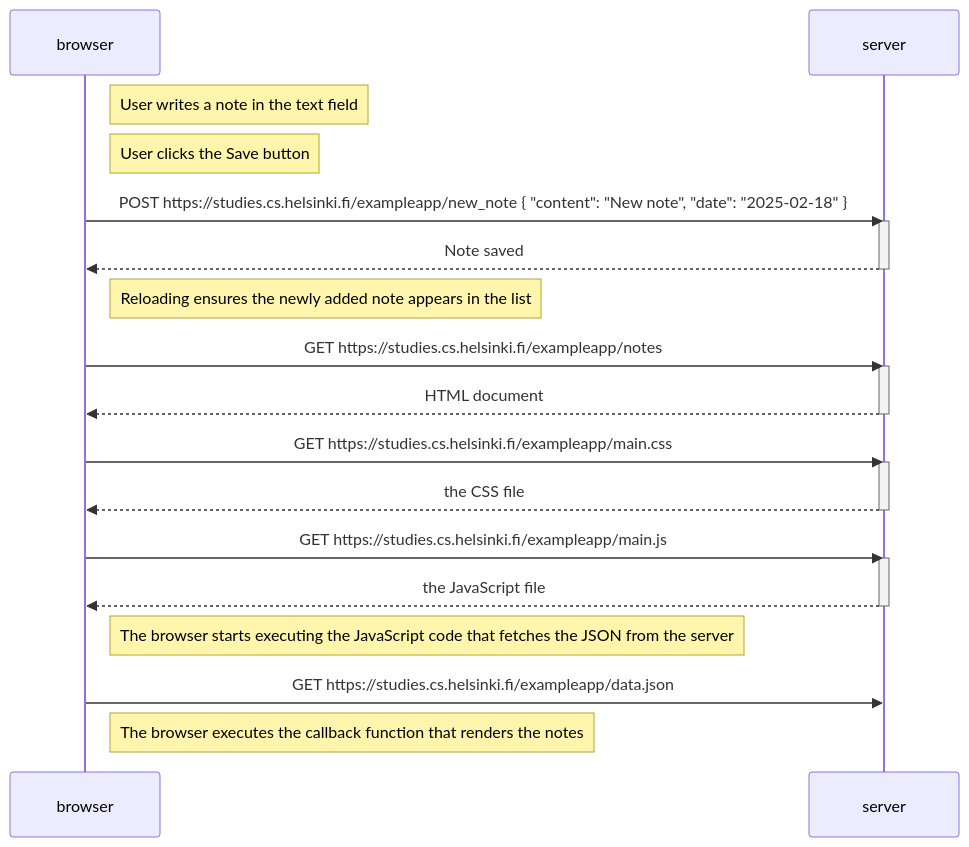
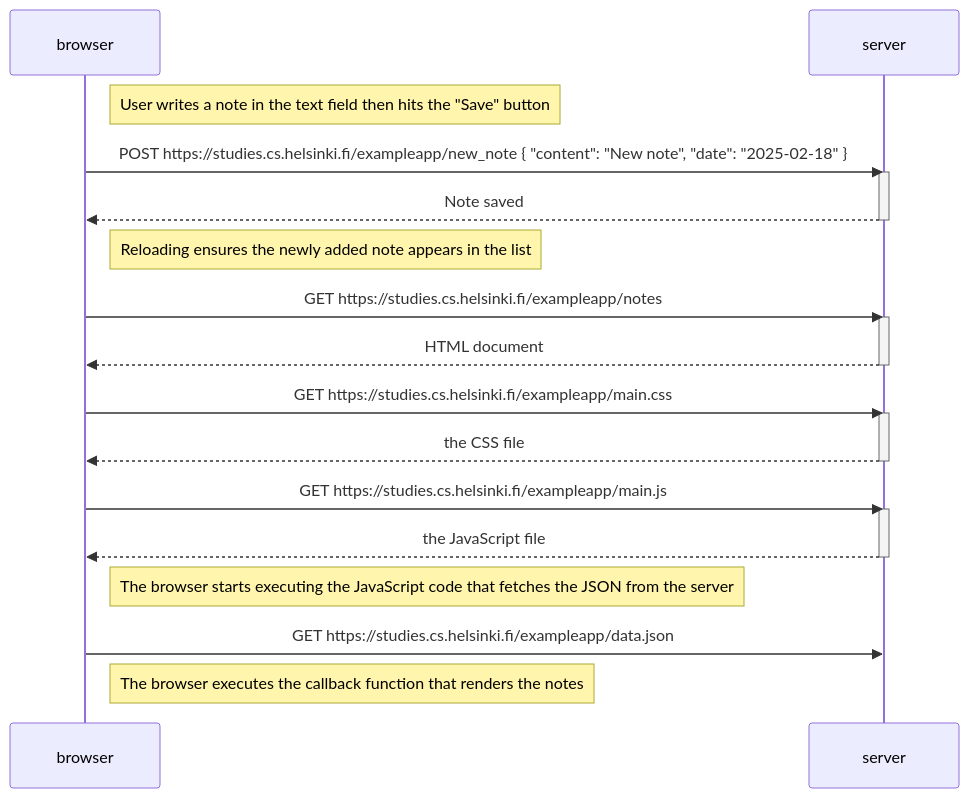
The diagram in part0/0.4-new-note-diagram.md (Saifahmeed/full-stack-open), drawn with Mermaid before and after one commit.

````diff
--- a/part0/0.4-new-note-diagram.md
+++ b/part0/0.4-new-note-diagram.md
@@ -1,36 +1,35 @@
 ```mermaid
 sequenceDiagram
     participant browser
     participant server
 
-    Note right of browser: User writes a note in the text field
-    Note right of browser: User clicks the Save button
+    Note right of browser: User writes a note in the text field then hits the "Save" button
 
     browser->>server: POST https://studies.cs.helsinki.fi/exampleapp/new_note { "content": "New note", "date": "2025-02-18" }
     activate server
     server-->>browser: Note saved
     deactivate server
 
     Note right of browser: Reloading ensures the newly added note appears in the list
 
     browser->>server: GET https://studies.cs.helsinki.fi/exampleapp/notes
     activate server
     server-->>browser: HTML document
     deactivate server
 
     browser->>server: GET https://studies.cs.helsinki.fi/exampleapp/main.css
     activate server
     server-->>browser: the CSS file
     deactivate server
 
     browser->>server: GET https://studies.cs.helsinki.fi/exampleapp/main.js
     activate server
     server-->>browser: the JavaScript file
     deactivate server
 
     Note right of browser: The browser starts executing the JavaScript code that fetches the JSON from the server
 
     browser->>server: GET https://studies.cs.helsinki.fi/exampleapp/data.json
 
     Note right of browser: The browser executes the callback function that renders the notes
 ```
````
